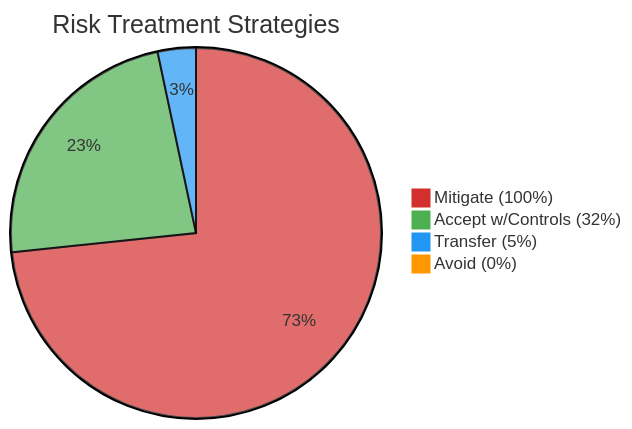
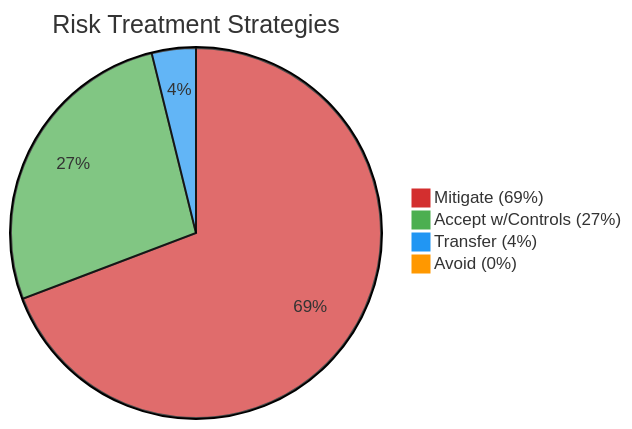
One commit to Hack23/ISMS-PUBLIC changed the fourth of 4 diagrams in Risk_Register.md. Above: the diagram before and after it, drawn with Mermaid. The commit also changed other lines of this file, not shown here.

````diff
--- a/Risk_Register.md
+++ b/Risk_Register.md
@@ -1207,8 +1273,8 @@
 ```mermaid
 %%{init: {'theme': 'base', 'themeVariables': {'pie1': '#D32F2F', 'pie2': '#4CAF50', 'pie3': '#2196F3', 'pie4': '#FF9800'}}}%%
 pie title Risk Treatment Strategies
-    "Mitigate (100%)" : 22
-    "Accept w/Controls (32%)" : 7
-    "Transfer (5%)" : 1
+    "Mitigate (69%)" : 18
+    "Accept w/Controls (27%)" : 7
+    "Transfer (4%)" : 1
     "Avoid (0%)" : 0
 ```
````
